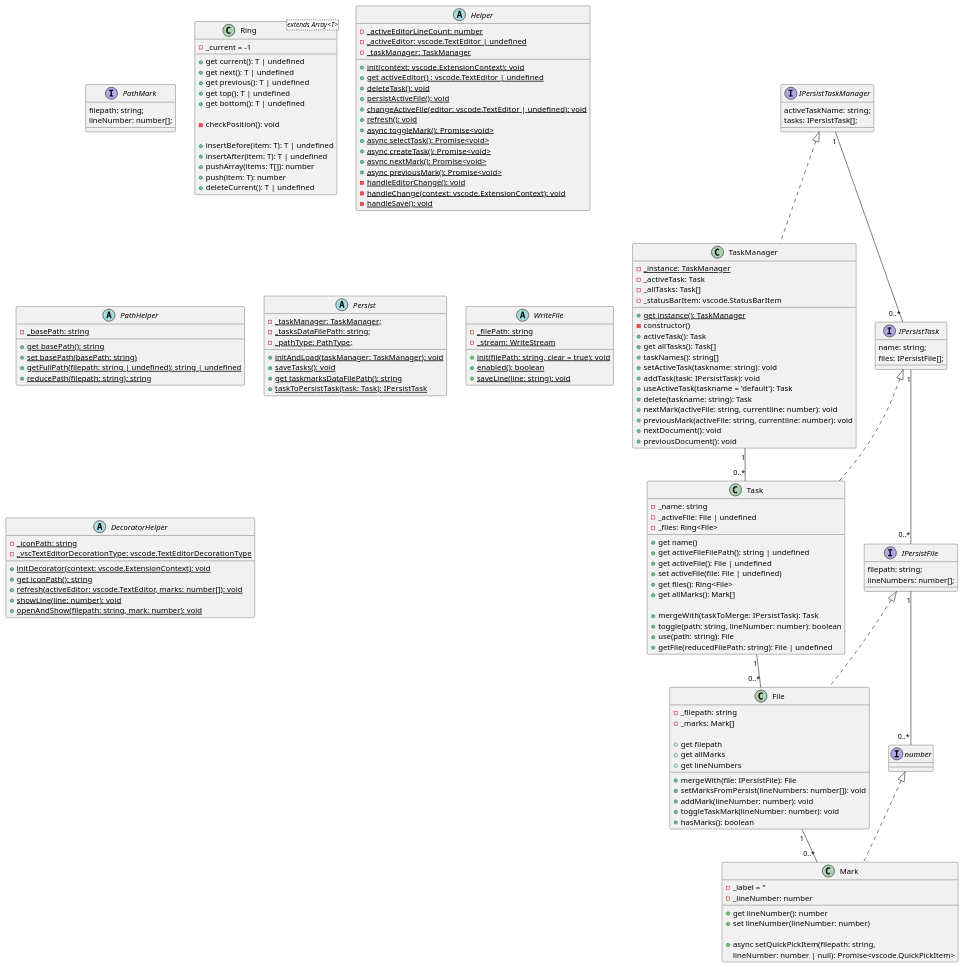
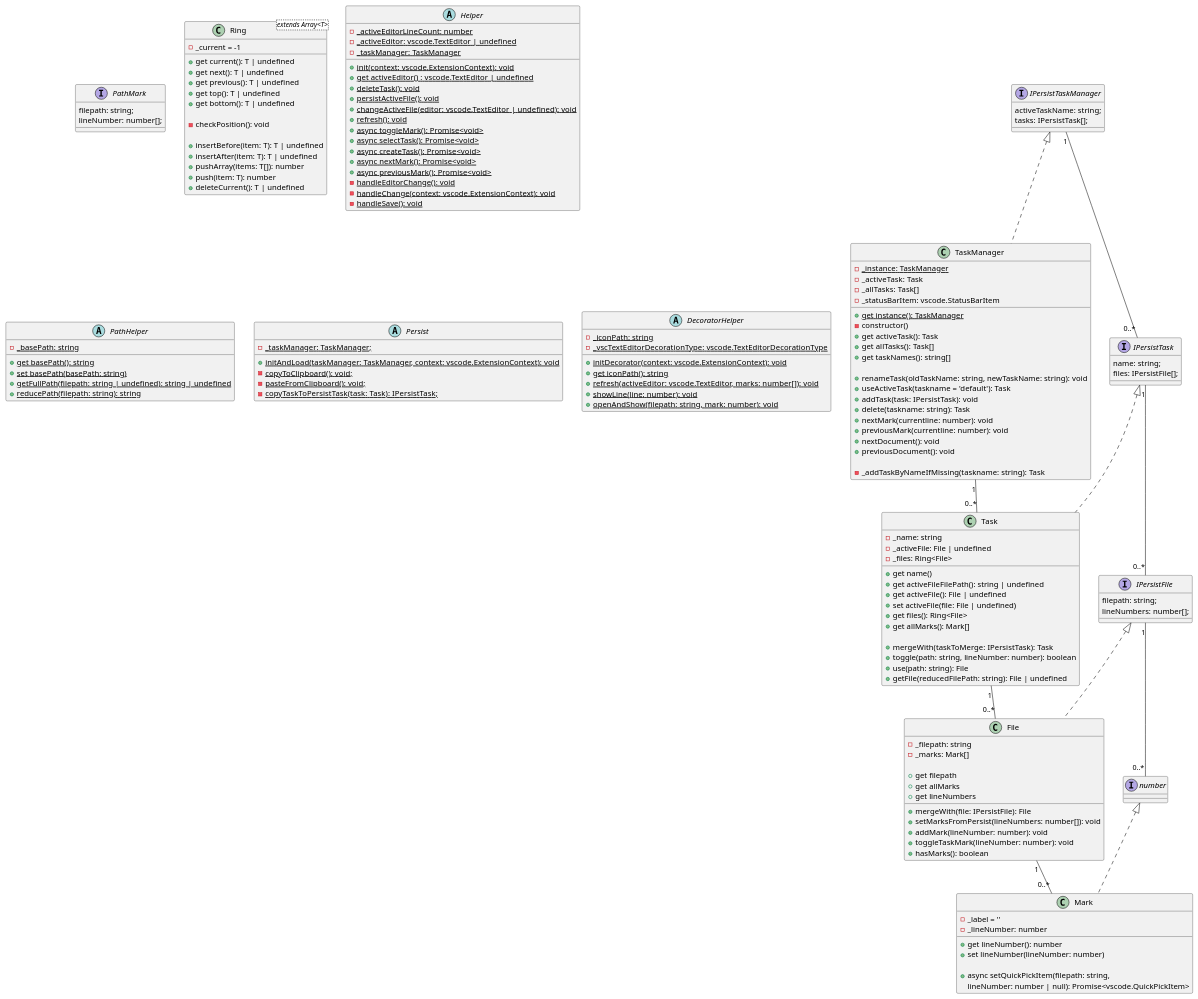
One commit to norbertK/taskmarks changed the diagram in docu/inMemory.puml. Above: the diagram before and after it, drawn with PlantUML. The commit also changed other lines of this file and 24 other files, not shown here.

```diff
--- a/docu/inMemory.puml
+++ b/docu/inMemory.puml
@@ -3,182 +2,174 @@
 @startuml
-
 
 class TaskManager {
     -{static}_instance: TaskManager
     +{static}get instance(): TaskManager
     -constructor()
- -_activeTask: Task
- -_allTasks: Task[]
- -_statusBarItem: vscode.StatusBarItem
+    -_activeTask: Task
+    -_allTasks: Task[]
+    -_statusBarItem: vscode.StatusBarItem
 
- +activeTask(): Task
- +get allTasks(): Task[]
- +taskNames(): string[]
- +setActiveTask(taskname: string): void
- +addTask(task: IPersistTask): void
- +useActiveTask(taskname = 'default'): Task
- +delete(taskname: string): Task
- +nextMark(activeFile: string, currentline: number): void
- +previousMark(activeFile: string, currentline: number): void
- +nextDocument(): void
- +previousDocument(): void
+    +get activeTask(): Task
+    +get allTasks(): Task[]
+    +get taskNames(): string[]
+
+    +renameTask(oldTaskName: string, newTaskName: string): void 
+    +useActiveTask(taskname = 'default'): Task
+    +addTask(task: IPersistTask): void
+    +delete(taskname: string): Task
+    +nextMark(currentline: number): void
+    +previousMark(currentline: number): void
+    +nextDocument(): void
+    +previousDocument(): void
+
+    -_addTaskByNameIfMissing(taskname: string): Task
 }
 
 class Task {
  -_name: string
  -_activeFile: File | undefined
  -_files: Ring<File>
 
  +get name()
  +get activeFileFilePath(): string | undefined
  +get activeFile(): File | undefined
  +set activeFile(file: File | undefined)
  +get files(): Ring<File>
  +get allMarks(): Mark[] 
 
  +mergeWith(taskToMerge: IPersistTask): Task
  +toggle(path: string, lineNumber: number): boolean
  +use(path: string): File
  +getFile(reducedFilePath: string): File | undefined
 }
 
 class File {
  -_filepath: string
  -_marks: Mark[]
 
  +get filepath
  +get allMarks
  +get lineNumbers
 
  +mergeWith(file: IPersistFile): File
  +setMarksFromPersist(lineNumbers: number[]): void
  +addMark(lineNumber: number): void
  +toggleTaskMark(lineNumber: number): void
  +hasMarks(): boolean
 }
 
 class Mark {
  -_label = ''
  -_lineNumber: number
 
  +get lineNumber(): number
  +set lineNumber(lineNumber: number)
 
  +async setQuickPickItem(filepath: string,
     lineNumber: number | null): Promise<vscode.QuickPickItem>
 }
 
 TaskManager "1" -- "0..*" Task
 Task "1" -- "0..*" File
 File "1" -- "0..*" Mark
 
 
 interface IPersistTaskManager {
   activeTaskName: string;
   tasks: IPersistTask[];
 }
 
 interface IPersistTask {
   name: string;
   files: IPersistFile[];
 }
 
 interface IPersistFile {
   filepath: string;
   lineNumbers: number[];
 }
 interface number {
 }
 
 interface PathMark {
   filepath: string;
   lineNumber: number[];
 }
 
 IPersistTaskManager "1" -- "0..*" IPersistTask
 IPersistTask "1" -- "0..*" IPersistFile
 IPersistFile "1" -- "0..*" number
 
 
 IPersistTaskManager <|.. TaskManager
 IPersistTask <|.. Task
 IPersistFile <|.. File
 number <|.. Mark
 
 class Ring<extends Array<T>> {
     -_current = -1
 
     +get current(): T | undefined
     +get next(): T | undefined
     +get previous(): T | undefined
     +get top(): T | undefined
     +get bottom(): T | undefined
     
     -checkPosition(): void
 
     +insertBefore(item: T): T | undefined
     +insertAfter(item: T): T | undefined
     +pushArray(items: T[]): number
     +push(item: T): number
     +deleteCurrent(): T | undefined
 
 
 }
 
 abstract class Helper{
     -{static}_activeEditorLineCount: number
     -{static}_activeEditor: vscode.TextEditor | undefined
     -{static}_taskManager: TaskManager
     +{static}init(context: vscode.ExtensionContext): void
     +{static}get activeEditor() : vscode.TextEditor | undefined
     +{static}deleteTask(): void
     +{static}persistActiveFile(): void
     +{static}changeActiveFile(editor: vscode.TextEditor | undefined): void
     +{static}refresh(): void
     +{static}async toggleMark(): Promise<void>
     +{static}async selectTask(): Promise<void>
     +{static}async createTask(): Promise<void>
     +{static}async nextMark(): Promise<void>
     +{static}async previousMark(): Promise<void>
     -{static}handleEditorChange(): void
     -{static}handleChange(context: vscode.ExtensionContext): void
     -{static}handleSave(): void
 }
 
 abstract class PathHelper{
     -{static}_basePath: string
     +{static}get basePath(): string
     +{static}set basePath(basePath: string)
     +{static}getFullPath(filepath: string | undefined): string | undefined
     +{static}reducePath(filepath: string): string
 }
 
 abstract class Persist{
     -{static}_taskManager: TaskManager;
-    -{static}_tasksDataFilePath: string;
-    -{static}_pathType: PathType;
-    +{static}initAndLoad(taskManager: TaskManager): void
-    +{static}saveTasks(): void
-    +{static}get taskmarksDataFilePath(): string
-    +{static}taskToPersistTask(task: Task): IPersistTask
-}
-
-abstract class WriteFile{
-    -{static}_filePath: string
-    -{static}_stream: WriteStream
-    +{static}init(filePath: string, clear = true): void
-    +{static}enabled(): boolean
-    +{static}saveLine(line: string): void
+    +{static}initAndLoad(taskManager: TaskManager, context: vscode.ExtensionContext): void
+    -{static}copyToClipboard(): void;
+    -{static}pasteFromClipboard(): void;
+    -{static}copyTaskToPersistTask(task: Task): IPersistTask;
 }
 
 abstract class DecoratorHelper{
     -{static}_iconPath: string
     -{static}_vscTextEditorDecorationType: vscode.TextEditorDecorationType
     +{static}initDecorator(context: vscode.ExtensionContext): void
     +{static}get iconPath(): string
     +{static}refresh(activeEditor: vscode.TextEditor, marks: number[]): void
     +{static}showLine(line: number): void
     +{static}openAndShow(filepath: string, mark: number): void
 }
 
 @enduml
```
